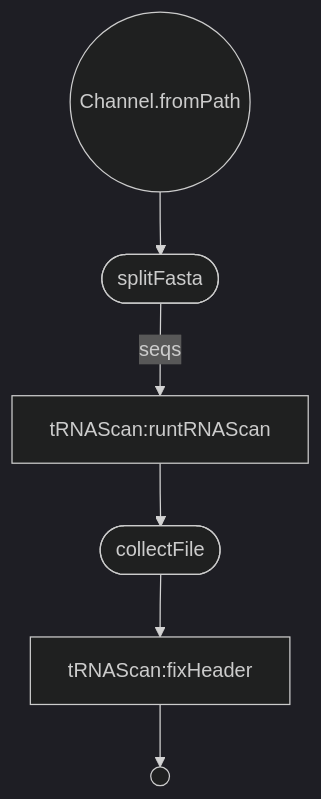
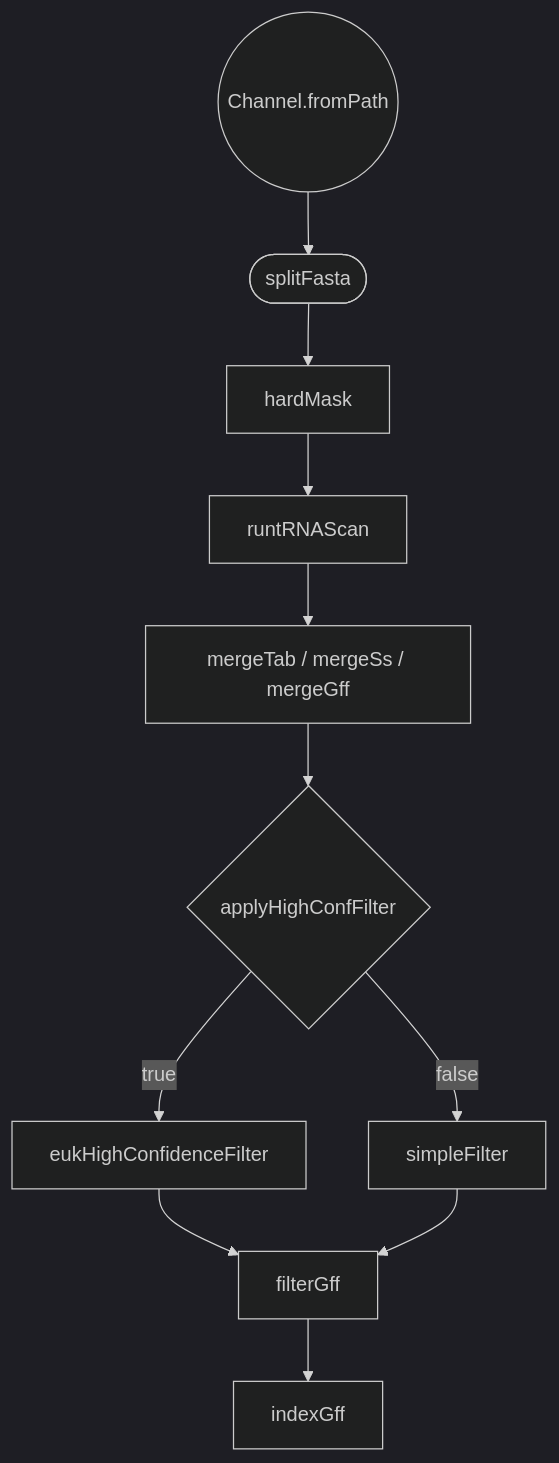
Before and after one commit to VEuPathDB/trna-scan-nextflow: the diagram in README.md, drawn with Mermaid (dark theme). The commit also changed other lines of this file, not shown here.

Commit message:
Update README flow diagram and param table for EukHCF filtering

````diff
--- a/README.md
+++ b/README.md
@@ -5,14 +5,19 @@
 ```mermaid
 flowchart TD
     p0((Channel.fromPath))
     p1([splitFasta])
-    p2[tRNAScan:runtRNAScan]
-    p3([collectFile])
-    p4[tRNAScan:fixHeader]
-    p5(( ))
-    p0 --> p1
-    p1 -->|seqs| p2
-    p2 --> p3
-    p3 --> p4
-    p4 --> p5
+    p2[hardMask]
+    p3[runtRNAScan]
+    p4[mergeTab / mergeSs / mergeGff]
+    p5{applyHighConfFilter}
+    p6[eukHighConfidenceFilter]
+    p7[simpleFilter]
+    p8[filterGff]
+    p9[indexGff]
+    p0 --> p1 --> p2 --> p3 --> p4 --> p5
+    p5 -->|true| p6
+    p5 -->|false| p7
+    p6 --> p8
+    p7 --> p8
+    p8 --> p9
 ```
````
